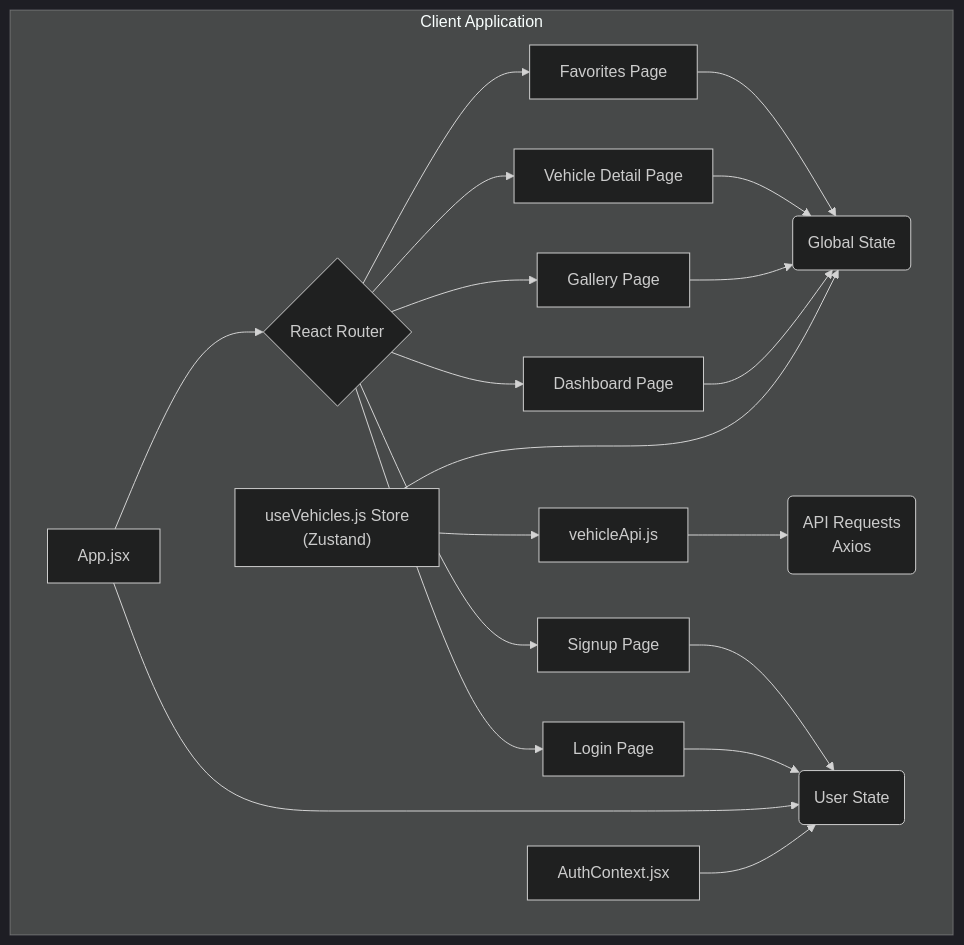
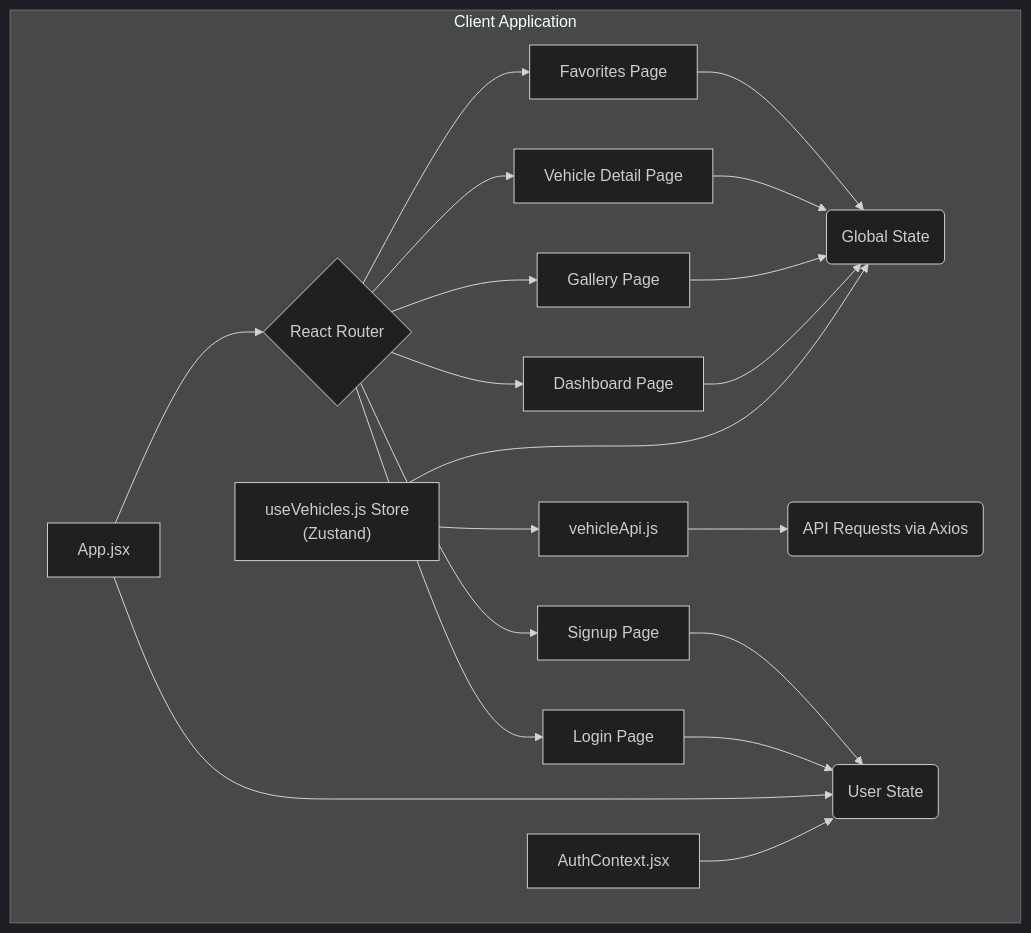
The third of 6 diagrams in README.md (alokkumar-projects/wex-automotive), drawn with Mermaid (dark theme) before and after one commit. The commit also changed other lines of this file, not shown here.

````diff
--- a/README.md
+++ b/README.md
@@ -93,26 +84,26 @@
 ```mermaid
 graph TD
     subgraph Client Application
         A[App.jsx] --> B{React Router}
         B --> C[Dashboard Page]
         B --> D[Gallery Page]
         B --> E[Vehicle Detail Page]
         B --> L[Login Page]
         B --> M[Signup Page]
         B --> N[Favorites Page]
 
         F["useVehicles.js Store\n(Zustand)"] --> G(Global State)
         C --> G
         D --> G
         E --> G
         N --> G
 
-        H[vehicleApi.js] --> I("API Requests\nAxios")
+        H[vehicleApi.js] --> I(API Requests via Axios)
         F --> H
 
         J[AuthContext.jsx] --> K(User State)
         A --> K
         L --> K
         M --> K
     end
 ```
````
